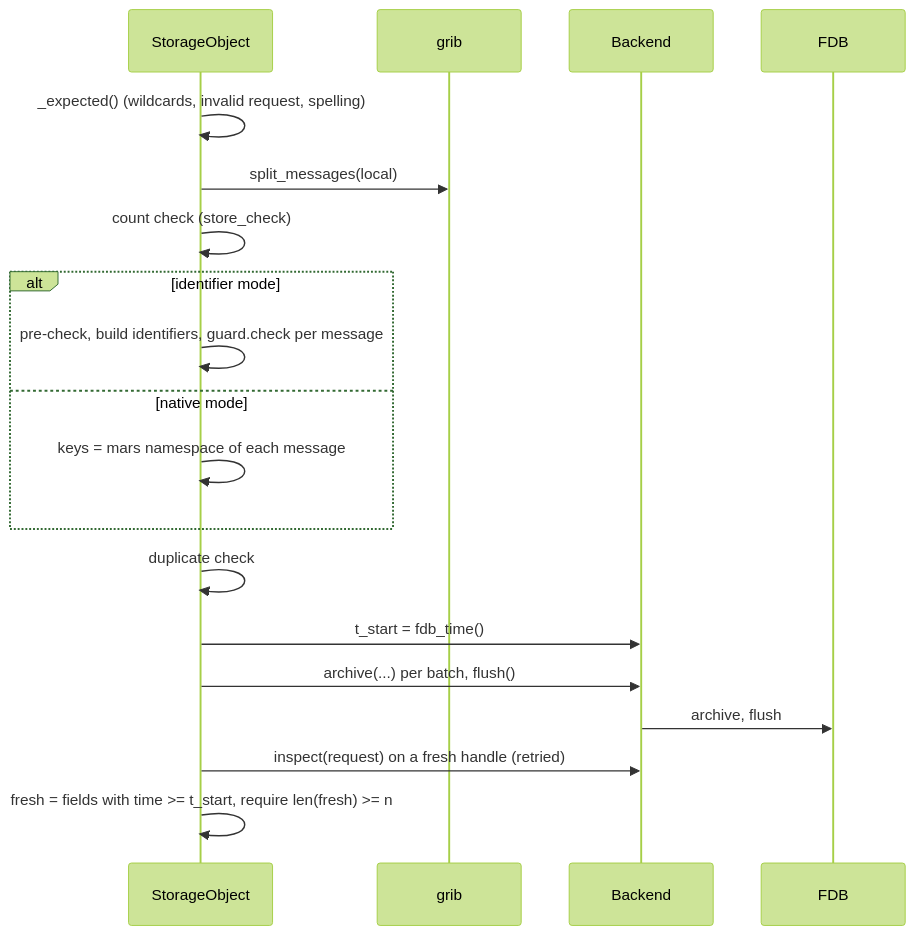
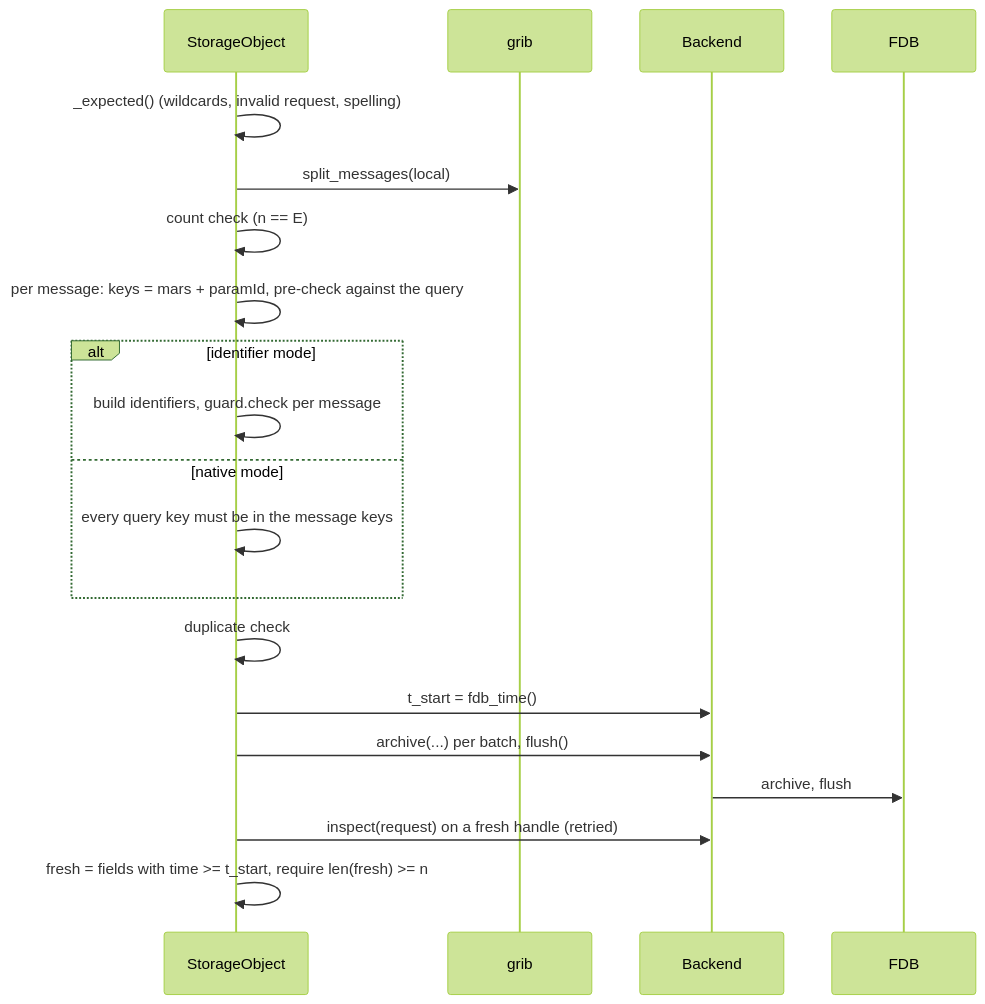
The fourth of 4 diagrams in docs/design/architecture.md (MeteoSwiss/snakemake-storage-plugin-fdb), drawn with Mermaid (forest theme) before and after one commit. The commit also changed other lines of this file and 9 other files, not shown here.

````diff
--- a/docs/design/architecture.md
+++ b/docs/design/architecture.md
@@ -260,21 +262,22 @@
 ```mermaid
 sequenceDiagram
     participant O as StorageObject
     participant G as grib
     participant B as Backend
     participant F as FDB
     O->>O: _expected() (wildcards, invalid request, spelling)
     O->>G: split_messages(local)
-    O->>O: count check (store_check)
+    O->>O: count check (n == E)
+    O->>O: per message: keys = mars + paramId, pre-check against the query
     alt identifier mode
-        O->>O: pre-check, build identifiers, guard.check per message
+        O->>O: build identifiers, guard.check per message
     else native mode
-        O->>O: keys = mars namespace of each message
+        O->>O: every query key must be in the message keys
     end
     O->>O: duplicate check
     O->>B: t_start = fdb_time()
     O->>B: archive(...) per batch, flush()
     B->>F: archive, flush
     O->>B: inspect(request) on a fresh handle (retried)
     O->>O: fresh = fields with time >= t_start, require len(fresh) >= n
 ```
````
